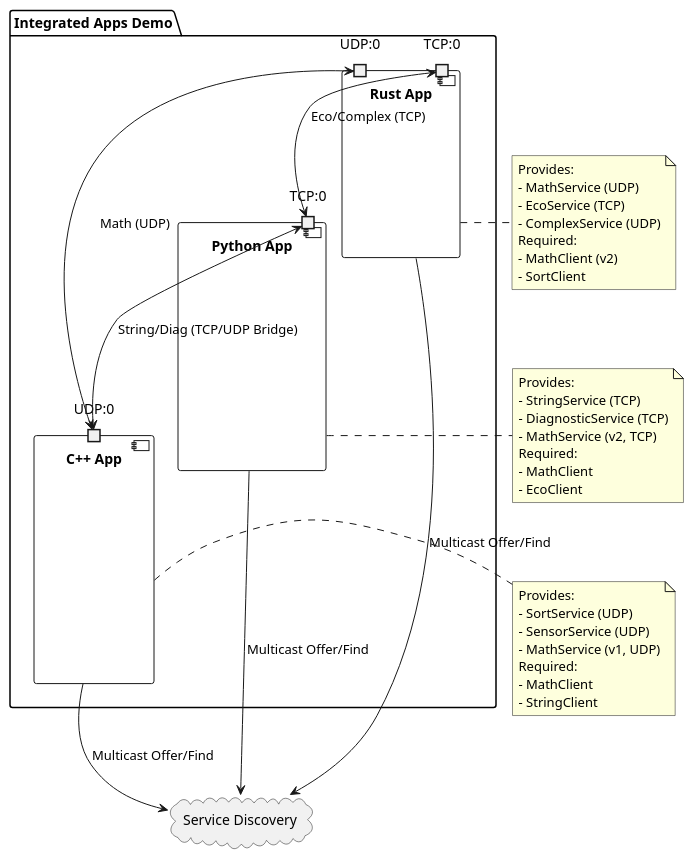
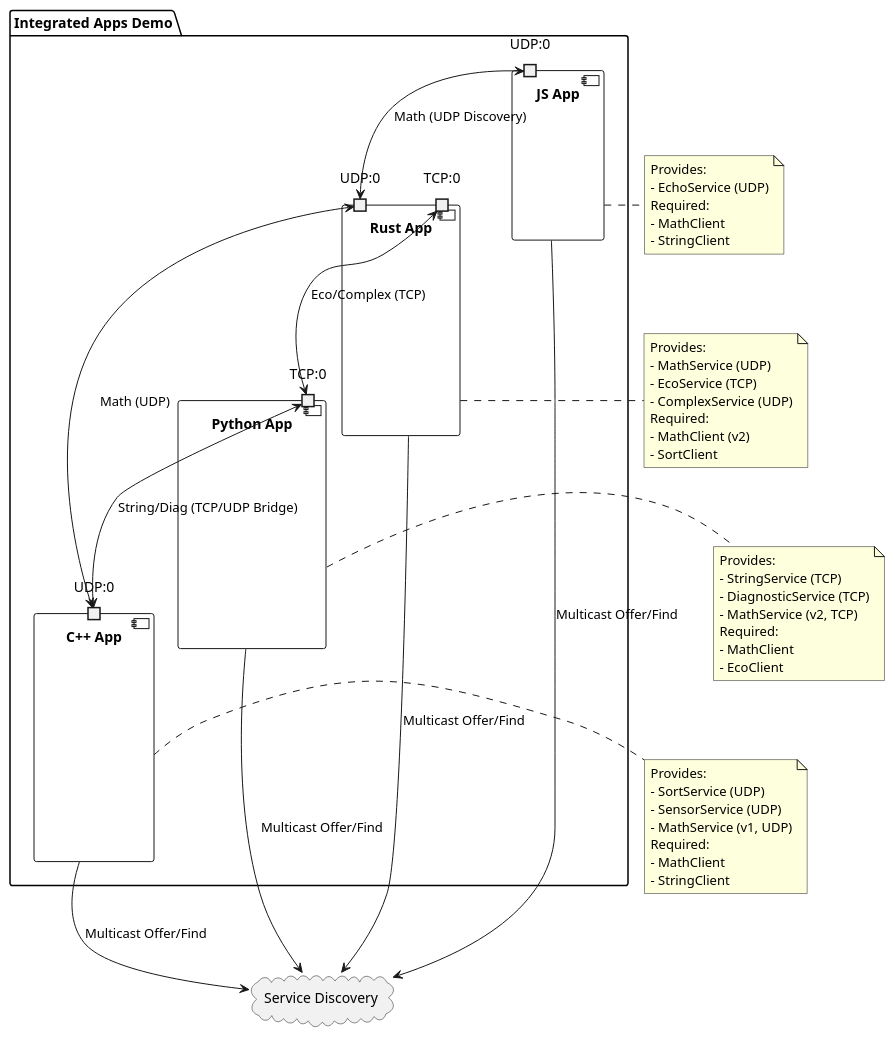
One commit to arunj123/fusion-hawking changed the diagram in docs/diagrams/integrated_apps_architecture.puml. Above: the diagram before and after it, drawn with PlantUML. The commit also changed 115 other files, not shown here.

```diff
--- a/docs/diagrams/integrated_apps_architecture.puml
+++ b/docs/diagrams/integrated_apps_architecture.puml
@@ -1,60 +1,74 @@
 @startuml integrated_apps_architecture
 skinparam componentStyle uml2
 
 package "Integrated Apps Demo" {
     component "Rust App" as RustApp {
         port "UDP:0" as RustUDP
         port "TCP:0" as RustTCP
     }
 
     component "Python App" as PyApp {
         port "TCP:0" as PyTCP
     }
 
     component "C++ App" as CppApp {
         port "UDP:0" as CppUDP
     }
+
+    component "JS App" as JsApp {
+        port "UDP:0" as JsUDP
+    }
 }
 
 cloud "Service Discovery" as SD {
 }
 
 RustApp -down-> SD : Multicast Offer/Find
 PyApp -down-> SD : Multicast Offer/Find
 CppApp -down-> SD : Multicast Offer/Find
+JsApp -down-> SD : Multicast Offer/Find
 
 note right of RustApp
   Provides:
   - MathService (UDP)
   - EcoService (TCP)
   - ComplexService (UDP)
   Required:
   - MathClient (v2)
   - SortClient
 end note
 
 note right of PyApp
   Provides:
   - StringService (TCP)
   - DiagnosticService (TCP)
   - MathService (v2, TCP)
   Required:
   - MathClient
   - EcoClient
 end note
 
 note right of CppApp
   Provides:
   - SortService (UDP)
   - SensorService (UDP)
   - MathService (v1, UDP)
   Required:
   - MathClient
   - StringClient
 end note
 
+note right of JsApp
+  Provides:
+  - EchoService (UDP)
+  Required:
+  - MathClient
+  - StringClient
+end note
+
 RustUDP <--> CppUDP : Math (UDP)
 RustTCP <--> PyTCP : Eco/Complex (TCP)
 PyTCP <--> CppUDP : String/Diag (TCP/UDP Bridge)
+JsUDP <--> RustUDP : Math (UDP Discovery)
 
 @enduml
```
